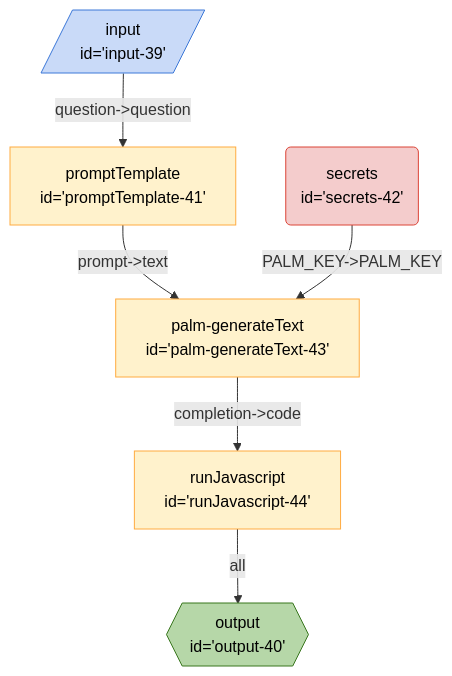
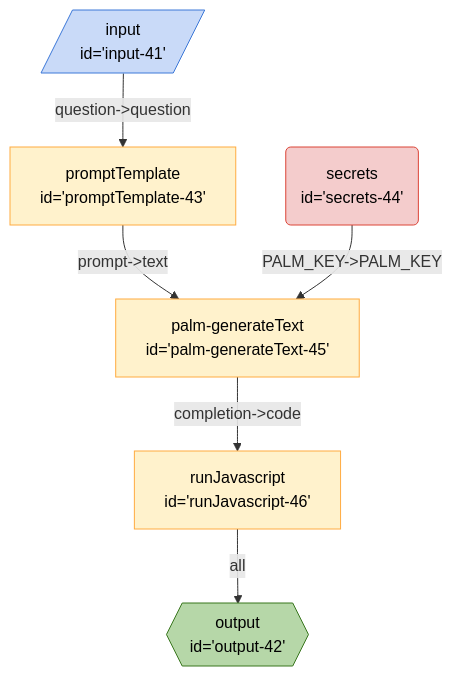
The diagram in seeds/breadboard-web/docs/graphs/new/math-imperative.md (breadboard-ai/breadboard), drawn with Mermaid before and after one commit. The commit also changed 17 other files, not shown here.

````diff
--- a/seeds/breadboard-web/docs/graphs/new/math-imperative.md
+++ b/seeds/breadboard-web/docs/graphs/new/math-imperative.md
@@ -3,17 +3,17 @@
 ```mermaid
 %%{init: 'themeVariables': { 'fontFamily': 'Fira Code, monospace' }}%%
 graph TD;
-runJavascript44["runJavascript <br> id='runJavascript-44'"] -- all --> output40{{"output <br> id='output-40'"}}:::output
-palmgenerateText43["palm-generateText <br> id='palm-generateText-43'"] -- "completion->code" --> runJavascript44["runJavascript <br> id='runJavascript-44'"]
-promptTemplate41["promptTemplate <br> id='promptTemplate-41'"] -- "prompt->text" --> palmgenerateText43["palm-generateText <br> id='palm-generateText-43'"]
-secrets42("secrets <br> id='secrets-42'"):::secrets -- "PALM_KEY->PALM_KEY" --> palmgenerateText43["palm-generateText <br> id='palm-generateText-43'"]
-input39[/"input <br> id='input-39'"/]:::input -- "question->question" --> promptTemplate41["promptTemplate <br> id='promptTemplate-41'"]
+runJavascript46["runJavascript <br> id='runJavascript-46'"] -- all --> output42{{"output <br> id='output-42'"}}:::output
+palmgenerateText45["palm-generateText <br> id='palm-generateText-45'"] -- "completion->code" --> runJavascript46["runJavascript <br> id='runJavascript-46'"]
+promptTemplate43["promptTemplate <br> id='promptTemplate-43'"] -- "prompt->text" --> palmgenerateText45["palm-generateText <br> id='palm-generateText-45'"]
+secrets44("secrets <br> id='secrets-44'"):::secrets -- "PALM_KEY->PALM_KEY" --> palmgenerateText45["palm-generateText <br> id='palm-generateText-45'"]
+input41[/"input <br> id='input-41'"/]:::input -- "question->question" --> promptTemplate43["promptTemplate <br> id='promptTemplate-43'"]
 classDef default stroke:#ffab40,fill:#fff2ccff,color:#000
 classDef input stroke:#3c78d8,fill:#c9daf8ff,color:#000
 classDef output stroke:#38761d,fill:#b6d7a8ff,color:#000
 classDef passthrough stroke:#a64d79,fill:#ead1dcff,color:#000
 classDef slot stroke:#a64d79,fill:#ead1dcff,color:#000
 classDef config stroke:#a64d79,fill:#ead1dcff,color:#000
 classDef secrets stroke:#db4437,fill:#f4cccc,color:#000
 classDef slotted stroke:#a64d79
 ```
````
